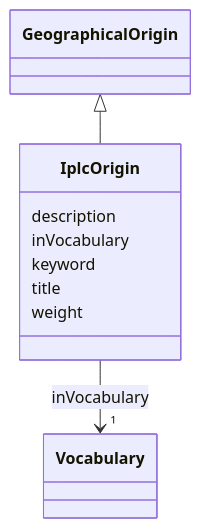
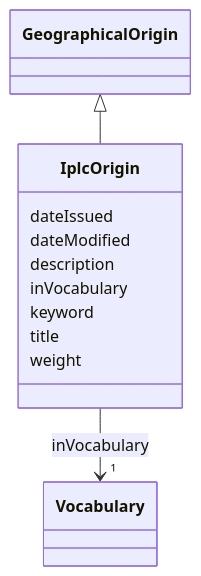
Before and after one commit to EVORA-project/evora-ontology: the diagram in models/docs/IplcOrigin.md, drawn with Mermaid. The commit also changed other lines of this file and 377 other files, not shown here.

````diff
--- a/models/docs/IplcOrigin.md
+++ b/models/docs/IplcOrigin.md
@@ -19,26 +19,30 @@
 ```mermaid
  classDiagram
     class IplcOrigin
     click IplcOrigin href "../IplcOrigin"
       GeographicalOrigin <|-- IplcOrigin
         click GeographicalOrigin href "../GeographicalOrigin"
       
+      IplcOrigin : dateIssued
+        
+      IplcOrigin : dateModified
+        
       IplcOrigin : description
         
       IplcOrigin : inVocabulary
         
           
     
     
     IplcOrigin --> "1" Vocabulary : inVocabulary
     click Vocabulary href "../Vocabulary"
 
         
       IplcOrigin : keyword
         
       IplcOrigin : title
         
       IplcOrigin : weight
         
       
 ```
````
